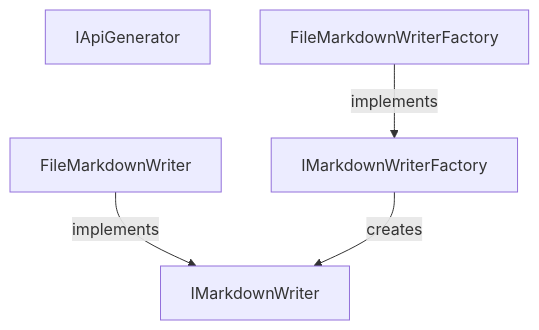
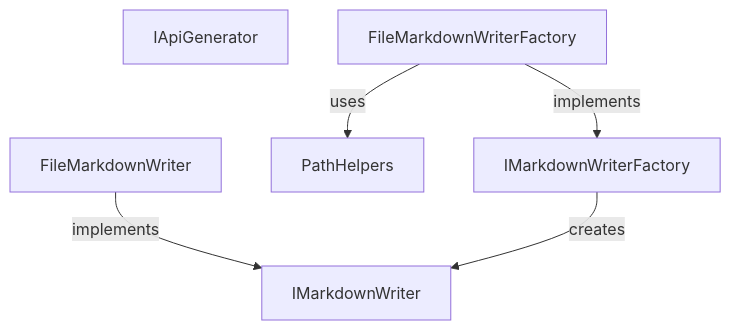
The diagram in docs/design/api-mark-core.md (demaconsulting/ApiMark), drawn with Mermaid before and after one commit. The commit also changed other lines of this file and 38 other files, not shown here.

````diff
--- a/docs/design/api-mark-core.md
+++ b/docs/design/api-mark-core.md
@@ -13,9 +15,11 @@
 ```mermaid
 flowchart TD
     IApiGenerator
     IMarkdownWriterFactory
     IMarkdownWriter
+    PathHelpers
     FileMarkdownWriterFactory --> |implements| IMarkdownWriterFactory
     FileMarkdownWriter --> |implements| IMarkdownWriter
     IMarkdownWriterFactory --> |creates| IMarkdownWriter
+    FileMarkdownWriterFactory --> |uses| PathHelpers
 ```
````
